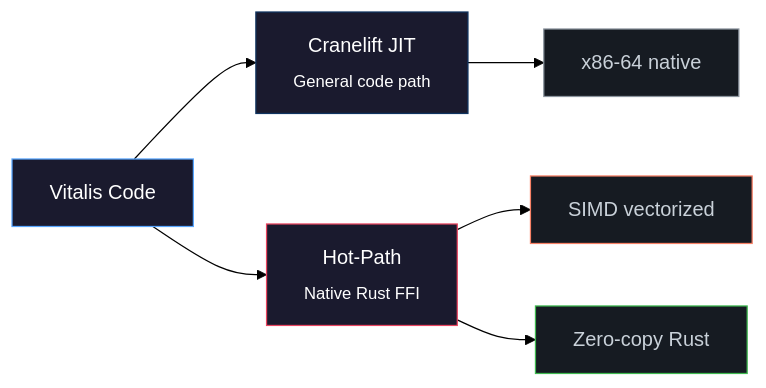
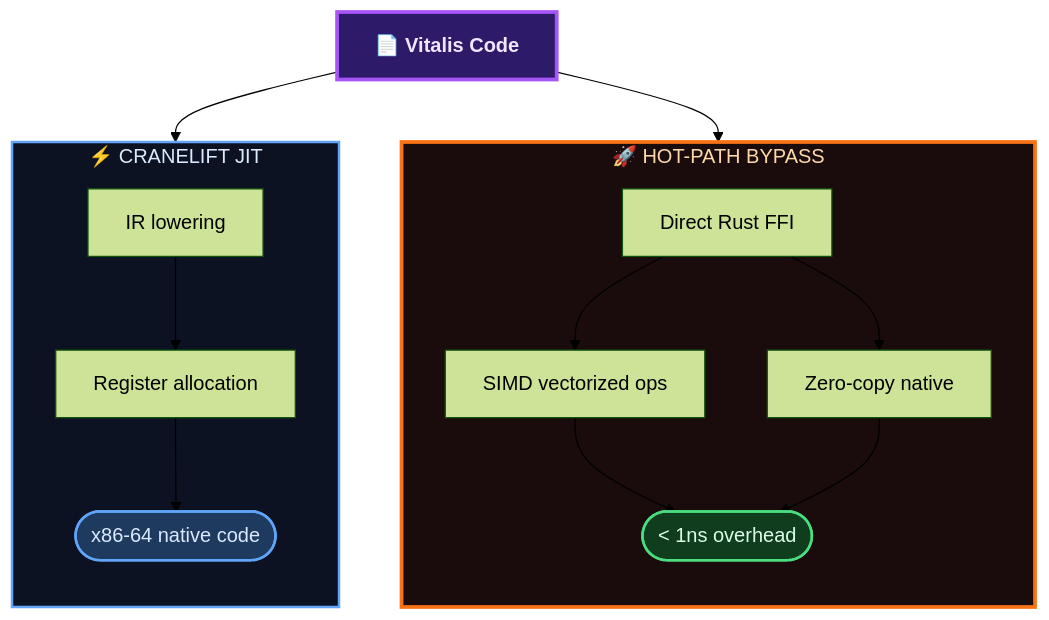
One commit to ModernOps888/vitalis changed the sixth of 7 diagrams in README.md. Above: the diagram before and after it, drawn with Mermaid (forest theme). The commit also changed other lines of this file, not shown here.

First line of the commit message:
README: Redesign all 7 Mermaid diagrams — TB layouts, no control overlap, richer styling

````diff
--- a/README.md
+++ b/README.md
@@ -755,16 +768,25 @@
 ```mermaid
-graph LR
-    V["Vitalis Code"] --> JIT["Cranelift JIT<br><sub>General code path</sub>"]
-    V --> HP["Hot-Path<br><sub>Native Rust FFI</sub>"]
-    
-    JIT --> X86["x86-64 native"]
-    HP --> SIMD["SIMD vectorized"]
-    HP --> NATIVE["Zero-copy Rust"]
-    
-    style V fill:#1a1a2e,stroke:#58a6ff,color:#fff
-    style JIT fill:#1a1a2e,stroke:#0f3460,color:#fff
-    style HP fill:#1a1a2e,stroke:#e94560,color:#fff
-    style X86 fill:#161b22,stroke:#8b949e,color:#c9d1d9
-    style SIMD fill:#161b22,stroke:#f78166,color:#c9d1d9
-    style NATIVE fill:#161b22,stroke:#3fb950,color:#c9d1d9
+flowchart TB
+    V["📄 Vitalis Code"] --> JIT
+    V --> HP
+
+    subgraph JIT ["⚡ CRANELIFT JIT"]
+        direction TB
+        J1["IR lowering"] --> J2["Register allocation"]
+        J2 --> J3(["x86-64 native code"])
+    end
+
+    subgraph HP ["🚀 HOT-PATH BYPASS"]
+        direction TB
+        H1["Direct Rust FFI"] --> H2["SIMD vectorized ops"]
+        H1 --> H3["Zero-copy native"]
+        H2 --> H4(["< 1ns overhead"])
+        H3 --> H4
+    end
+
+    style V fill:#2d1b69,stroke:#a855f7,stroke-width:3px,color:#f0e6ff,font-weight:bold
+    style JIT fill:#0c1222,stroke:#60a5fa,stroke-width:2px,color:#dbeafe
+    style HP fill:#1a0c0c,stroke:#f97316,stroke-width:3px,color:#fed7aa
+    style H4 fill:#0f3d1e,stroke:#4ade80,stroke-width:2px,color:#dcfce7
+    style J3 fill:#1e3a5f,stroke:#60a5fa,stroke-width:2px,color:#dbeafe
 ```
````
